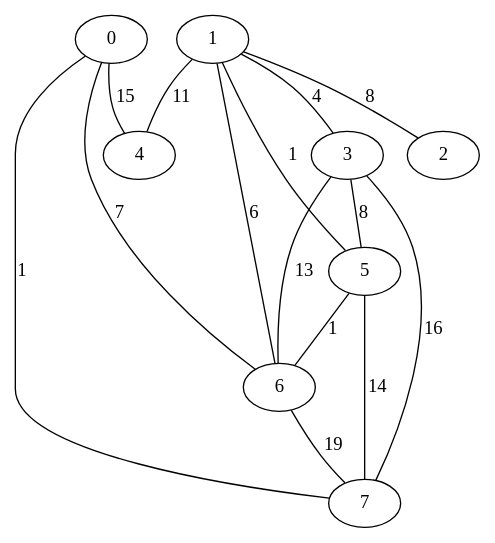
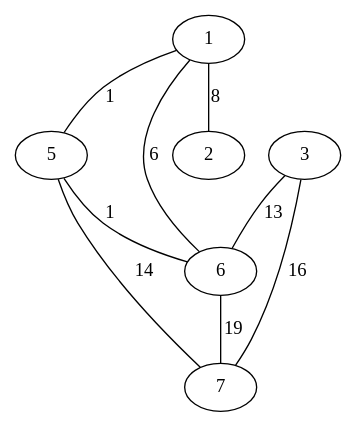
Before and after one commit to Jmiguel4862/WorkTPA: the diagram in g01_mini.dot, drawn with Graphviz. The commit also changed 7 other files, not shown here.

```diff
--- a/g01_mini.dot
+++ b/g01_mini.dot
@@ -1,17 +1,11 @@
 graph G {
   // 8 vertices, 14 arestas
-  0 -- 4 [weight=15, label="15"];
-  3 -- 5 [weight=8, label="8"];
-  1 -- 3 [weight=4, label="4"];
-  1 -- 4 [weight=11, label="11"];
-  0 -- 6 [weight=7, label="7"];
-  0 -- 7 [weight=1, label="1"];
   1 -- 6 [weight=6, label="6"];
   5 -- 6 [weight=1, label="1"];
   3 -- 7 [weight=16, label="16"];
   1 -- 2 [weight=8, label="8"];
   5 -- 7 [weight=14, label="14"];
   1 -- 5 [weight=1, label="1"];
   3 -- 6 [weight=13, label="13"];
   6 -- 7 [weight=19, label="19"];
 }
```
